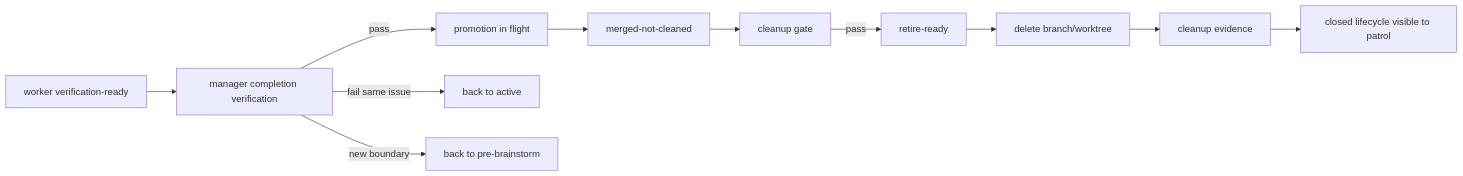
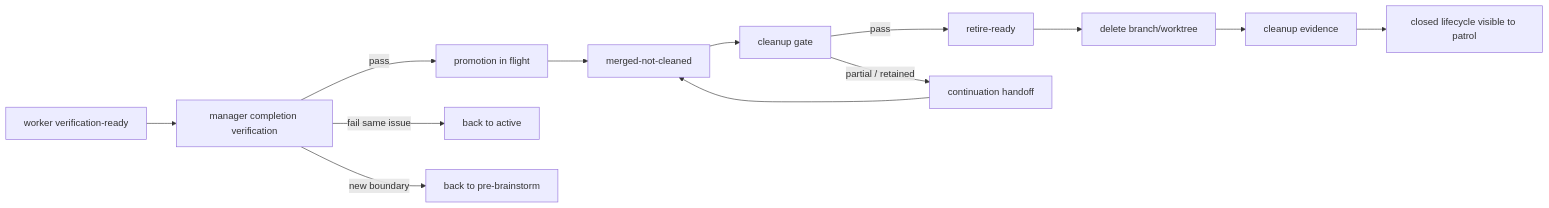
Before and after one commit to chatterzhao/freely: the eighth of 8 diagrams in docs/system/workspace/three-loop-capability-lifecycle.md, drawn with Mermaid. The commit also changed 3 other files, not shown here.

````diff
--- a/docs/system/workspace/three-loop-capability-lifecycle.md
+++ b/docs/system/workspace/three-loop-capability-lifecycle.md
@@ -296,13 +296,15 @@
 ```mermaid
 flowchart LR
     A[worker verification-ready] --> B[manager completion verification]
     B -->|pass| C[promotion in flight]
     B -->|fail same issue| D[back to active]
     B -->|new boundary| E[back to pre-brainstorm]
     C --> F[merged-not-cleaned]
     F --> G[cleanup gate]
     G -->|pass| H[retire-ready]
+    G -->|partial / retained| G2[continuation handoff]
+    G2 --> F
     H --> I[delete branch/worktree]
     I --> J[cleanup evidence]
     J --> K[closed lifecycle visible to patrol]
 ```
````
